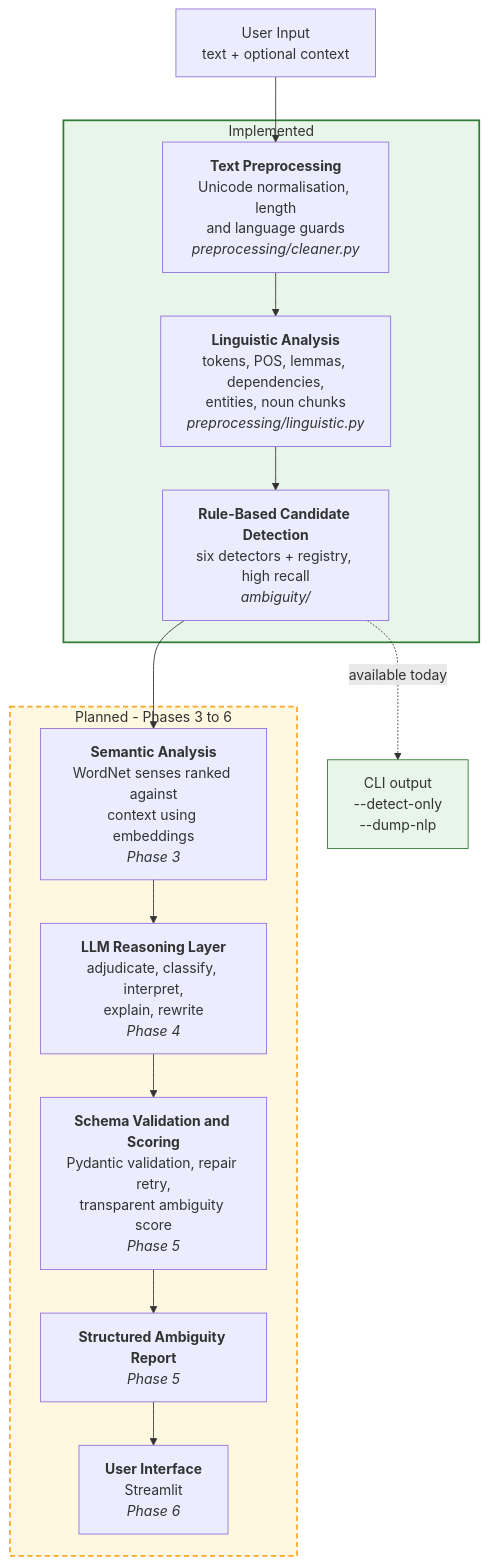
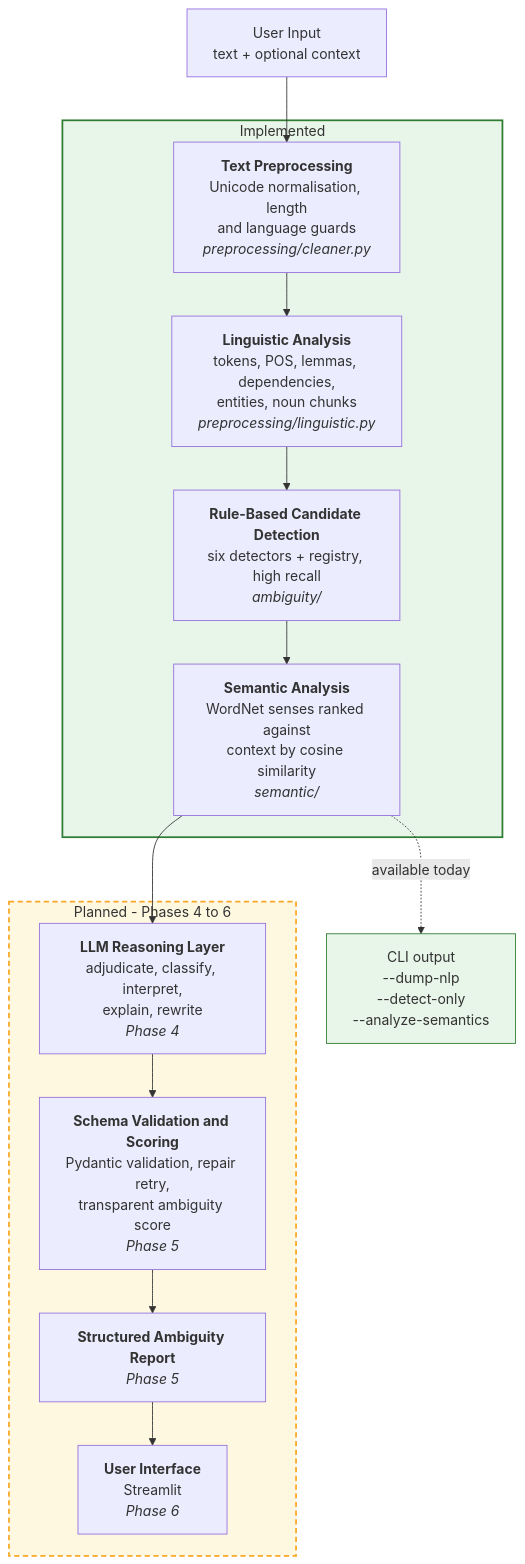
One commit to chanchalagrawal0107/NLP-based-ambiguity-detector changed the first of 2 diagrams in README.md. Above: the diagram before and after it, drawn with Mermaid. The commit also changed other lines of this file and 9 other files, not shown here.

Commit message:
add context-aware semantic sense ranking

````diff
--- a/README.md
+++ b/README.md
@@ -296,28 +299,28 @@
 ```mermaid
 flowchart TD
     A["User Input<br/>text + optional context"] --> B
 
     subgraph BUILT ["Implemented"]
         B["<b>Text Preprocessing</b><br/>Unicode normalisation, length<br/>and language guards<br/><i>preprocessing/cleaner.py</i>"]
         C["<b>Linguistic Analysis</b><br/>tokens, POS, lemmas, dependencies,<br/>entities, noun chunks<br/><i>preprocessing/linguistic.py</i>"]
         D["<b>Rule-Based Candidate Detection</b><br/>six detectors + registry, high recall<br/><i>ambiguity/</i>"]
-        B --> C --> D
+        E["<b>Semantic Analysis</b><br/>WordNet senses ranked against<br/>context by cosine similarity<br/><i>semantic/</i>"]
+        B --> C --> D --> E
     end
 
-    D --> E
+    E --> F
 
-    subgraph PLANNED ["Planned - Phases 3 to 6"]
-        E["<b>Semantic Analysis</b><br/>WordNet senses ranked against<br/>context using embeddings<br/><i>Phase 3</i>"]
+    subgraph PLANNED ["Planned - Phases 4 to 6"]
         F["<b>LLM Reasoning Layer</b><br/>adjudicate, classify, interpret,<br/>explain, rewrite<br/><i>Phase 4</i>"]
         G["<b>Schema Validation and Scoring</b><br/>Pydantic validation, repair retry,<br/>transparent ambiguity score<br/><i>Phase 5</i>"]
         H["<b>Structured Ambiguity Report</b><br/><i>Phase 5</i>"]
         I["<b>User Interface</b><br/>Streamlit<br/><i>Phase 6</i>"]
-        E --> F --> G --> H --> I
+        F --> G --> H --> I
     end
 
-    D -.->|"available today"| J["CLI output<br/>--detect-only<br/>--dump-nlp"]
+    E -.->|"available today"| J["CLI output<br/>--dump-nlp<br/>--detect-only<br/>--analyze-semantics"]
 
     style BUILT fill:#e8f5e9,stroke:#2e7d32,stroke-width:2px
     style PLANNED fill:#fff8e1,stroke:#f9a825,stroke-width:2px,stroke-dasharray: 6 4
     style J fill:#e8f5e9,stroke:#2e7d32
 ```
````
